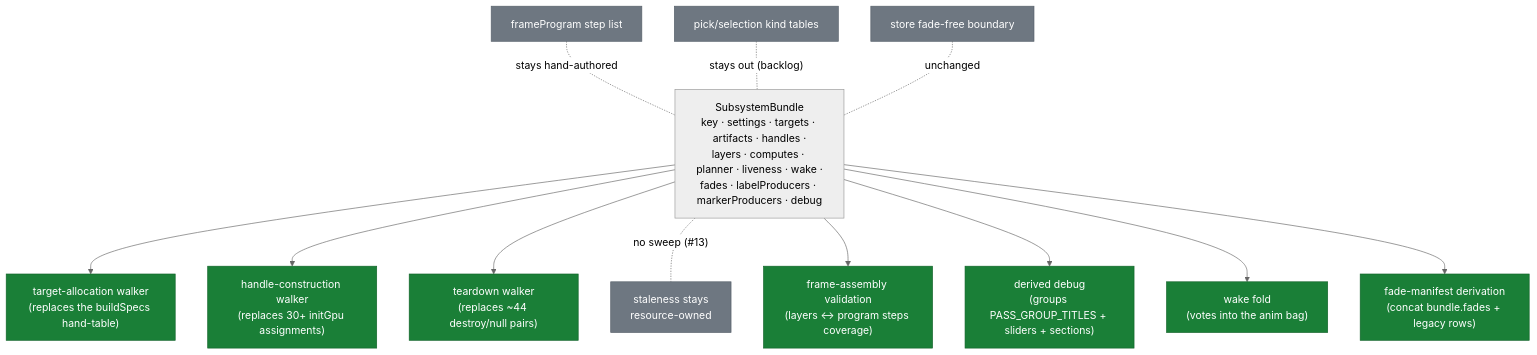
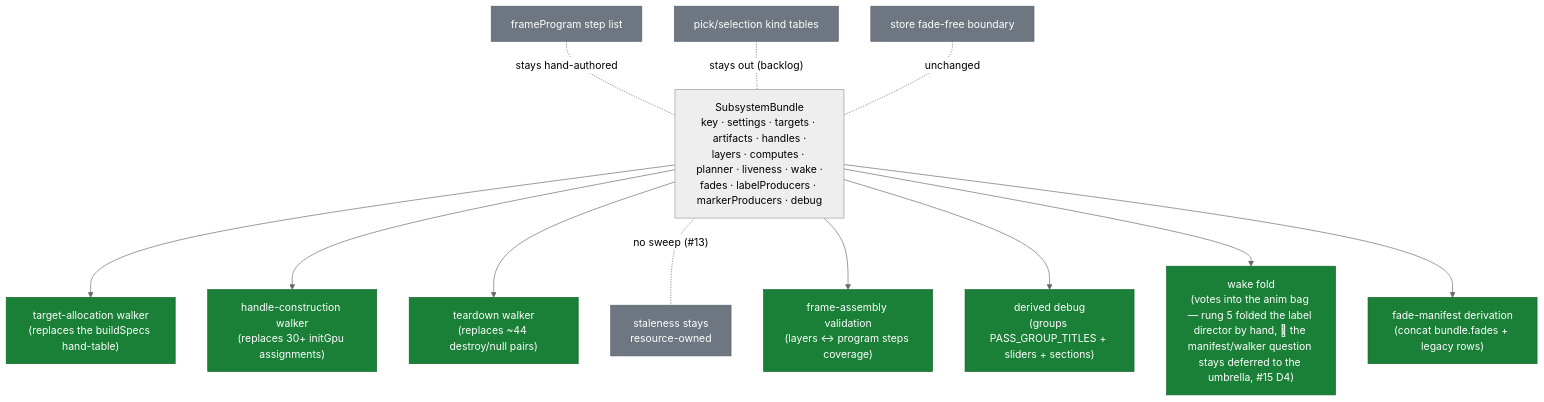
Before and after one commit to rulkens/skymap: the fifth of 5 diagrams in docs/research/engine/current-contracts-map.md, drawn with Mermaid (neutral theme). The commit also changed other lines of this file and 20 other files, not shown here.

First line of the commit message:
refactor(engine): rung 5 — wake-vote fold (labelsAnimating into the anim bag; redundant volume wakes deleted) (#591)

````diff
--- a/docs/research/engine/current-contracts-map.md
+++ b/docs/research/engine/current-contracts-map.md
@@ -224,19 +224,19 @@
 ```mermaid
 flowchart TD
     B["SubsystemBundle<br/>key · settings · targets · artifacts · handles ·<br/>layers · computes · planner · liveness · wake ·<br/>fades · labelProducers · markerProducers · debug"]
     B --> W1["target-allocation walker<br/>(replaces the buildSpecs hand-table)"]
     B --> W2["handle-construction walker<br/>(replaces 30+ initGpu assignments)"]
     B --> W3["teardown walker<br/>(replaces ~44 destroy/null pairs)"]
     B -. no sweep (#13) .- W4["staleness stays<br/>resource-owned"]
     B --> W5["frame-assembly validation<br/>(layers ↔ program steps coverage)"]
     B --> W6["derived debug<br/>(groups PASS_GROUP_TITLES + sliders + sections)"]
-    B --> W7["wake fold<br/>(votes into the anim bag)"]
+    B --> W7["wake fold<br/>(votes into the anim bag — rung 5 folded the label director by hand, #15; the manifest/walker question stays deferred to the umbrella, #15 D4)"]
     B --> W8["fade-manifest derivation<br/>(concat bundle.fades + legacy rows)"]
     FPX["frameProgram step list"] -. stays hand-authored .- B
     PICKX["pick/selection kind tables"] -. stays out (backlog) .- B
     STOREX["store fade-free boundary"] -. unchanged .- B
     classDef good fill:#1a7f37,stroke:#116329,color:#ffffff
     classDef out fill:#6e7781,stroke:#57606a,color:#ffffff
     class W1,W2,W3,W5,W6,W7,W8 good
     class W4,FPX,PICKX,STOREX out
 ```
````
